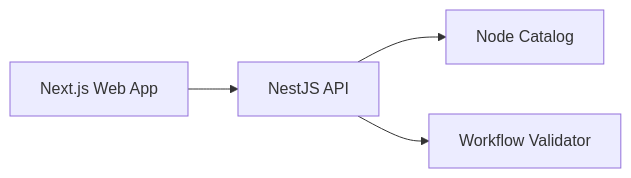
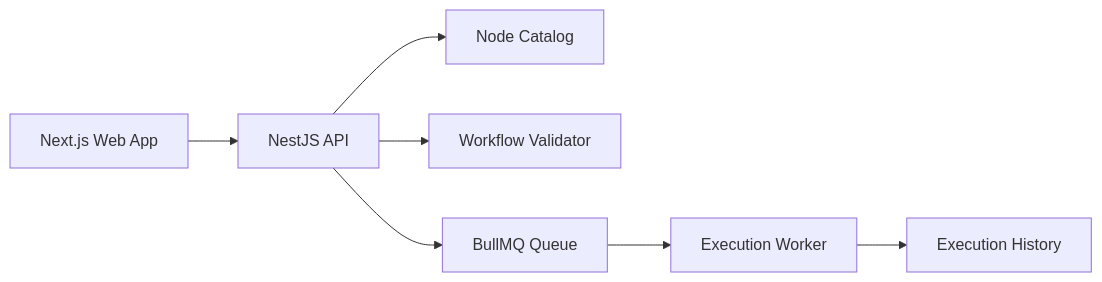
Before and after one commit to GermanSklyarov/flowforge: the diagram in docs/architecture.md, drawn with Mermaid. The commit also changed other lines of this file and 22 other files, not shown here.

Commit message:
⚙️ Add worker, execution history, and BullMQ workflow runs

````diff
--- a/docs/architecture.md
+++ b/docs/architecture.md
@@ -44,6 +44,9 @@
 ```mermaid
 flowchart LR
   Web["Next.js Web App"] --> API["NestJS API"]
   API --> Catalog["Node Catalog"]
   API --> Validator["Workflow Validator"]
+  API --> Queue["BullMQ Queue"]
+  Queue --> Worker["Execution Worker"]
+  Worker --> History["Execution History"]
 ```
````
